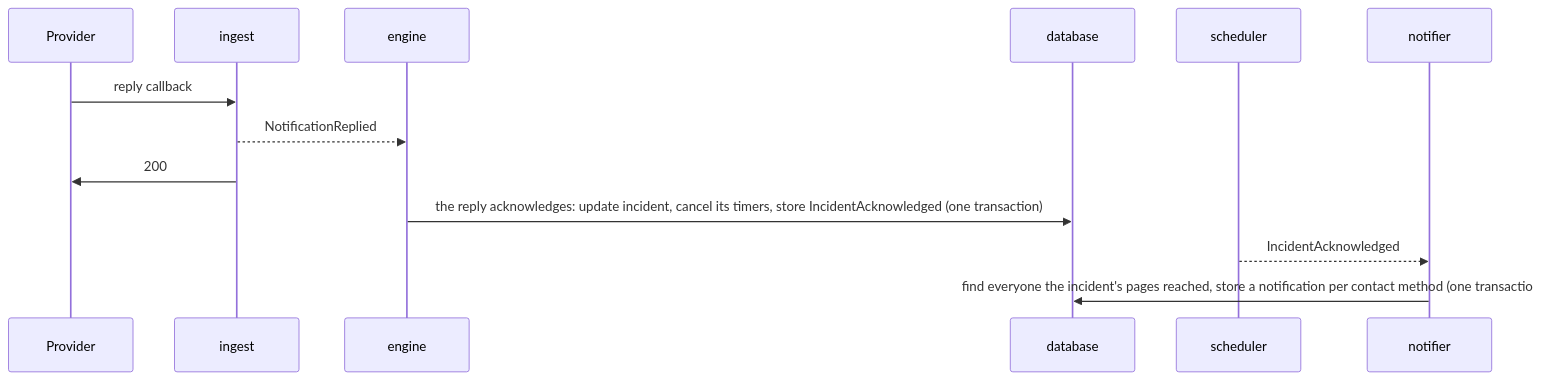
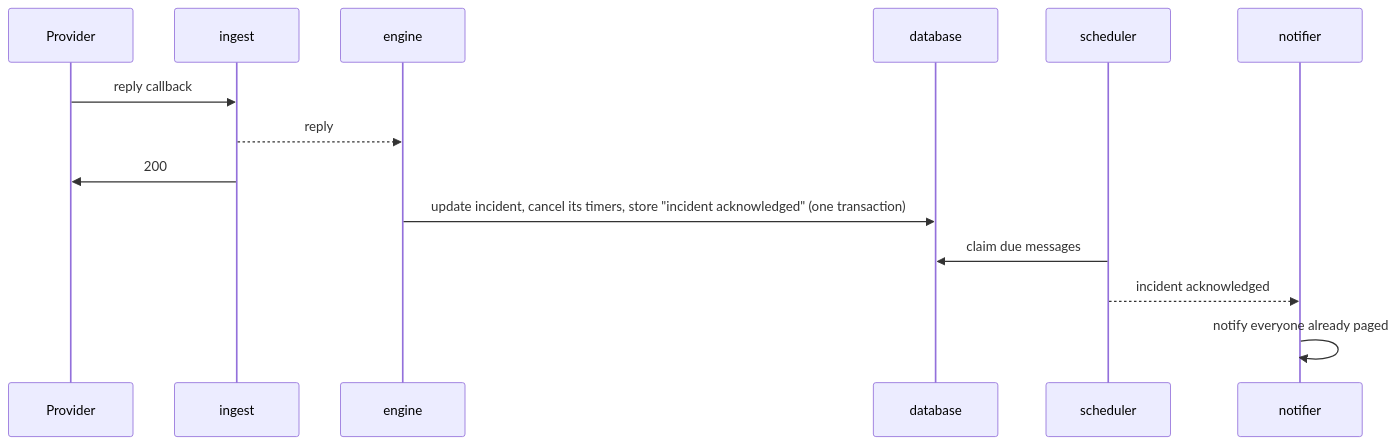
One commit to murphyhq/server changed the fifth of 5 diagrams in docs/architecture.md. Above: the diagram before and after it, drawn with Mermaid. The commit also changed other lines of this file and 2 other files, not shown here.

Commit message:
docs: rewrite the architecture overview around components and how they communicate; it changes only when those do

````diff
--- a/docs/architecture.md
+++ b/docs/architecture.md
@@ -198,15 +179,16 @@
 ```mermaid
 sequenceDiagram
   participant P as Provider
   participant I as ingest
   participant E as engine
   participant D as database
   participant S as scheduler
   participant N as notifier
   P->>I: reply callback
-  I-->>E: NotificationReplied
+  I-->>E: reply
   I->>P: 200
-  E->>D: the reply acknowledges: update incident, cancel its timers, store IncidentAcknowledged (one transaction)
-  S-->>N: IncidentAcknowledged
-  N->>D: find everyone the incident's pages reached, store a notification per contact method (one transaction)
+  E->>D: update incident, cancel its timers, store "incident acknowledged" (one transaction)
+  S->>D: claim due messages
+  S-->>N: incident acknowledged
+  N->>N: notify everyone already paged
 ```
````
